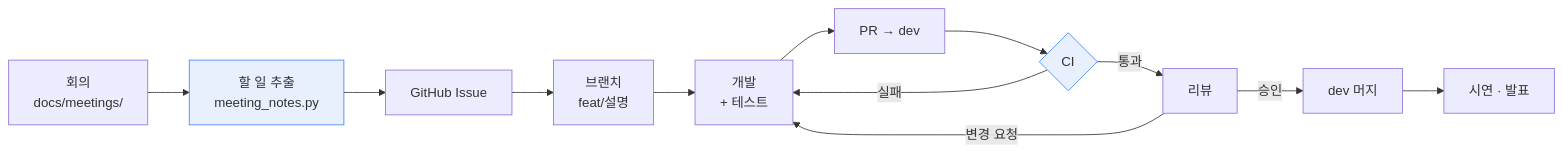
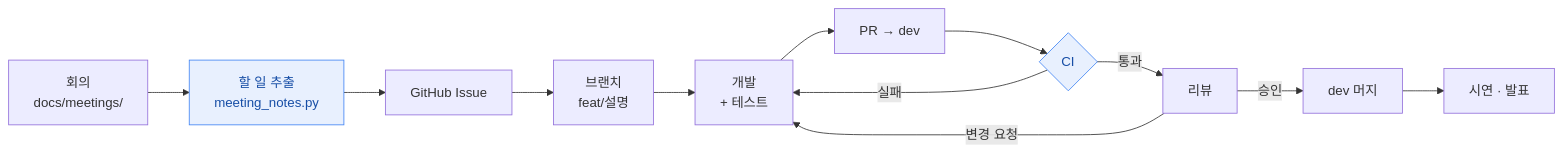
One commit to prgrms-be-devcourse/NBE11-13-3-Team02 changed the first of 2 diagrams in WORKFLOW.md. Above: the diagram before and after it, drawn with Mermaid.

Commit message:
fix: 다이어그램 강조 칸이 다크 모드에서 안 보이던 것
fill 만 지정하고 글자색을 안 줬다. GitHub 을 다크 테마로 보면 연한 하늘색
배경 위에 밝은 글자가 얹혀 읽히지 않는다. 같은 계열의 진한 파랑을 글자색으로
박아 두 모드 모두에서 읽히게 한다.

````diff
--- a/WORKFLOW.md
+++ b/WORKFLOW.md
@@ -11,17 +11,17 @@
 ```mermaid
 flowchart LR
     A["회의<br/>docs/meetings/"] --> B["할 일 추출<br/>meeting_notes.py"]
     B --> C["GitHub Issue"]
     C --> D["브랜치<br/>feat/설명"]
     D --> E["개발<br/>+ 테스트"]
     E --> F["PR → dev"]
     F --> G{"CI"}
     G -->|실패| E
     G -->|통과| H["리뷰"]
     H -->|변경 요청| E
     H -->|승인| I["dev 머지"]
     I --> J["시연 · 발표"]
 
-    style B fill:#e8f0fe,stroke:#4285f4
-    style G fill:#e8f0fe,stroke:#4285f4
+    style B fill:#e8f0fe,stroke:#4285f4,color:#174ea6
+    style G fill:#e8f0fe,stroke:#4285f4,color:#174ea6
 ```
````
